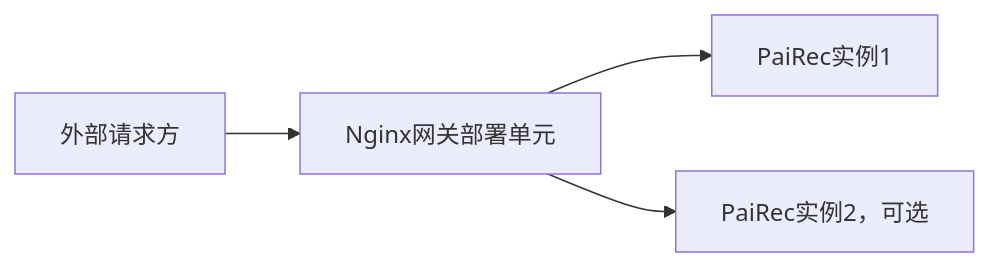
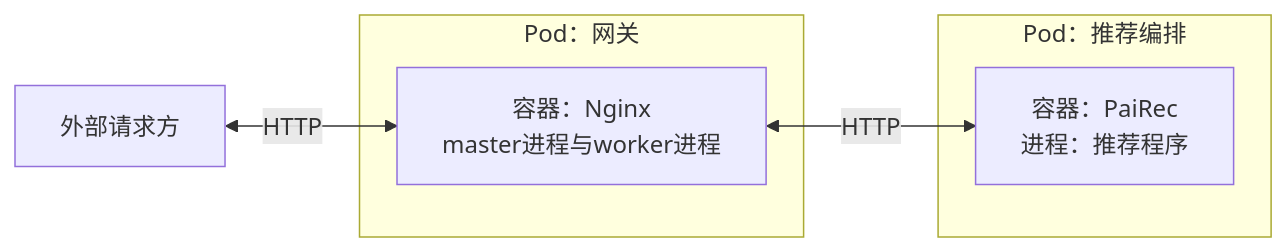
Before and after one commit to bitianyuan123/docs: the diagram in diagrams/07_other_services_14.mmd, drawn with Mermaid. The commit also changed 141 other files, not shown here.

Commit message:
docs: audit module views and analyze PaiRec OneTrans Redis workloads

```diff
--- a/diagrams/07_other_services_14.mmd
+++ b/diagrams/07_other_services_14.mmd
@@ -1,4 +1,10 @@
 flowchart LR
-    U[外部请求方] --> N[Nginx网关部署单元]
-    N --> P1[PaiRec实例1]
-    N --> P2[PaiRec实例2，可选]
+    U[外部请求方]
+    subgraph NP[Pod：网关]
+        N[容器：Nginx<br/>master进程与worker进程]
+    end
+    subgraph PP[Pod：推荐编排]
+        P[容器：PaiRec<br/>进程：推荐程序]
+    end
+    U <-->|HTTP| N
+    N <-->|HTTP| P
```
